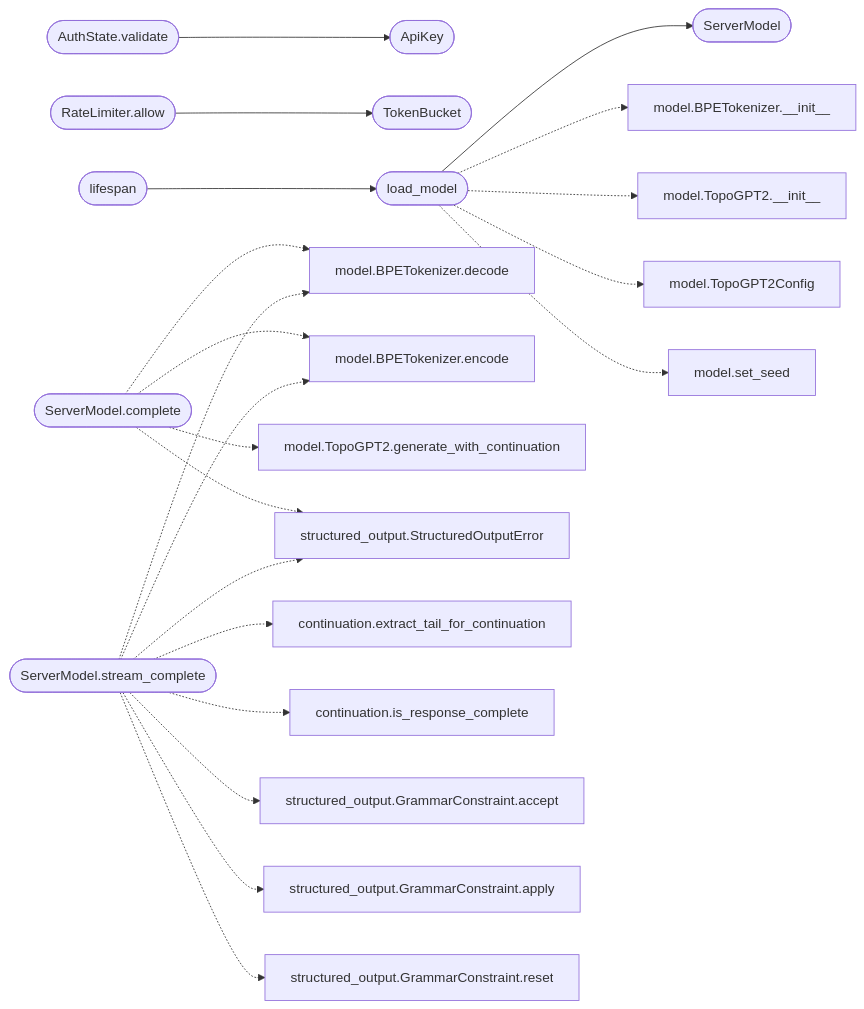
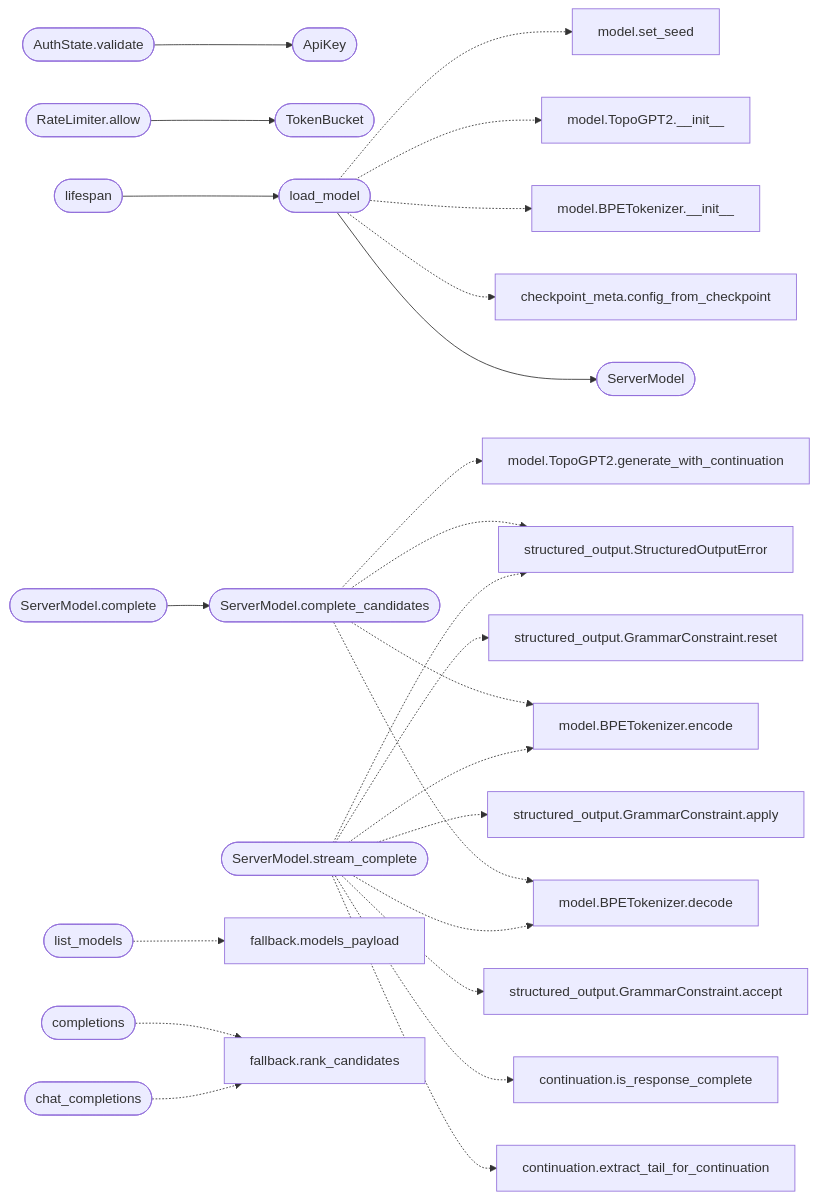
One commit to grisuno/TopoGPT3 changed the second of 2 diagrams in readmenator-apidocs/modules/topogpt3.api_server.py.md. Above: the diagram before and after it, drawn with Mermaid. The commit also changed other lines of this file and 185 other files, not shown here.

First line of the commit message:
feat: fallback serving: chat history, tools, best_of rerank, apt_chain

````diff
--- a/readmenator-apidocs/modules/topogpt3.api_server.py.md
+++ b/readmenator-apidocs/modules/topogpt3.api_server.py.md
@@ -135,45 +151,55 @@
 ```mermaid
 flowchart LR
     n_topogpt3_api_server_py__AuthState_validate(["AuthState.validate"])
     n_topogpt3_api_server_py__ApiKey(["ApiKey"])
     n_topogpt3_api_server_py__RateLimiter_allow(["RateLimiter.allow"])
     n_topogpt3_api_server_py__TokenBucket(["TokenBucket"])
+    n_topogpt3_api_server_py__ServerModel_complete(["ServerModel.complete"])
+    n_topogpt3_api_server_py__ServerModel_complete_candidates(["ServerModel.complete_candidates"])
     n_topogpt3_api_server_py__load_model(["load_model"])
     n_topogpt3_api_server_py__ServerModel(["ServerModel"])
     n_topogpt3_api_server_py__lifespan(["lifespan"])
-    n_topogpt3_api_server_py__ServerModel_complete(["ServerModel.complete"])
     n_topogpt3_model_py__BPETokenizer_decode["model.BPETokenizer.decode"]
     n_topogpt3_model_py__BPETokenizer_encode["model.BPETokenizer.encode"]
     n_topogpt3_model_py__TopoGPT2_generate_with_continuation["model.TopoGPT2.generate_with_continuation"]
     n_topogpt3_structured_output_py__StructuredOutputError["structured_output.StructuredOutputError"]
     n_topogpt3_api_server_py__ServerModel_stream_complete(["ServerModel.stream_complete"])
     n_topogpt3_continuation_py__extract_tail_for_continuation["continuation.extract_tail_for_continuation"]
     n_topogpt3_continuation_py__is_response_complete["continuation.is_response_complete"]
     n_topogpt3_structured_output_py__GrammarConstraint_accept["structured_output.GrammarConstraint.accept"]
     n_topogpt3_structured_output_py__GrammarConstraint_apply["structured_output.GrammarConstraint.apply"]
     n_topogpt3_structured_output_py__GrammarConstraint_reset["structured_output.GrammarConstraint.reset"]
+    n_topogpt3_checkpoint_meta_py__config_from_checkpoint["checkpoint_meta.config_from_checkpoint"]
     n_topogpt3_model_py__BPETokenizer___init__["model.BPETokenizer.__init__"]
     n_topogpt3_model_py__TopoGPT2___init__["model.TopoGPT2.__init__"]
-    n_topogpt3_model_py__TopoGPT2Config["model.TopoGPT2Config"]
     n_topogpt3_model_py__set_seed["model.set_seed"]
+    n_topogpt3_api_server_py__list_models(["list_models"])
+    n_topogpt3_fallback_py__models_payload["fallback.models_payload"]
+    n_topogpt3_api_server_py__completions(["completions"])
+    n_topogpt3_fallback_py__rank_candidates["fallback.rank_candidates"]
+    n_topogpt3_api_server_py__chat_completions(["chat_completions"])
     n_topogpt3_api_server_py__AuthState_validate --> n_topogpt3_api_server_py__ApiKey
     n_topogpt3_api_server_py__RateLimiter_allow --> n_topogpt3_api_server_py__TokenBucket
+    n_topogpt3_api_server_py__ServerModel_complete --> n_topogpt3_api_server_py__ServerModel_complete_candidates
     n_topogpt3_api_server_py__load_model --> n_topogpt3_api_server_py__ServerModel
     n_topogpt3_api_server_py__lifespan --> n_topogpt3_api_server_py__load_model
-    n_topogpt3_api_server_py__ServerModel_complete -.-> n_topogpt3_model_py__BPETokenizer_decode
-    n_topogpt3_api_server_py__ServerModel_complete -.-> n_topogpt3_model_py__BPETokenizer_encode
-    n_topogpt3_api_server_py__ServerModel_complete -.-> n_topogpt3_model_py__TopoGPT2_generate_with_continuation
-    n_topogpt3_api_server_py__ServerModel_complete -.-> n_topogpt3_structured_output_py__StructuredOutputError
+    n_topogpt3_api_server_py__ServerModel_complete_candidates -.-> n_topogpt3_model_py__BPETokenizer_decode
+    n_topogpt3_api_server_py__ServerModel_complete_candidates -.-> n_topogpt3_model_py__BPETokenizer_encode
+    n_topogpt3_api_server_py__ServerModel_complete_candidates -.-> n_topogpt3_model_py__TopoGPT2_generate_with_continuation
+    n_topogpt3_api_server_py__ServerModel_complete_candidates -.-> n_topogpt3_structured_output_py__StructuredOutputError
     n_topogpt3_api_server_py__ServerModel_stream_complete -.-> n_topogpt3_continuation_py__extract_tail_for_continuation
     n_topogpt3_api_server_py__ServerModel_stream_complete -.-> n_topogpt3_continuation_py__is_response_complete
     n_topogpt3_api_server_py__ServerModel_stream_complete -.-> n_topogpt3_model_py__BPETokenizer_decode
     n_topogpt3_api_server_py__ServerModel_stream_complete -.-> n_topogpt3_model_py__BPETokenizer_encode
     n_topogpt3_api_server_py__ServerModel_stream_complete -.-> n_topogpt3_structured_output_py__GrammarConstraint_accept
     n_topogpt3_api_server_py__ServerModel_stream_complete -.-> n_topogpt3_structured_output_py__GrammarConstraint_apply
     n_topogpt3_api_server_py__ServerModel_stream_complete -.-> n_topogpt3_structured_output_py__GrammarConstraint_reset
     n_topogpt3_api_server_py__ServerModel_stream_complete -.-> n_topogpt3_structured_output_py__StructuredOutputError
+    n_topogpt3_api_server_py__load_model -.-> n_topogpt3_checkpoint_meta_py__config_from_checkpoint
     n_topogpt3_api_server_py__load_model -.-> n_topogpt3_model_py__BPETokenizer___init__
     n_topogpt3_api_server_py__load_model -.-> n_topogpt3_model_py__TopoGPT2___init__
-    n_topogpt3_api_server_py__load_model -.-> n_topogpt3_model_py__TopoGPT2Config
     n_topogpt3_api_server_py__load_model -.-> n_topogpt3_model_py__set_seed
+    n_topogpt3_api_server_py__list_models -.-> n_topogpt3_fallback_py__models_payload
+    n_topogpt3_api_server_py__completions -.-> n_topogpt3_fallback_py__rank_candidates
+    n_topogpt3_api_server_py__chat_completions -.-> n_topogpt3_fallback_py__rank_candidates
 ```
````
